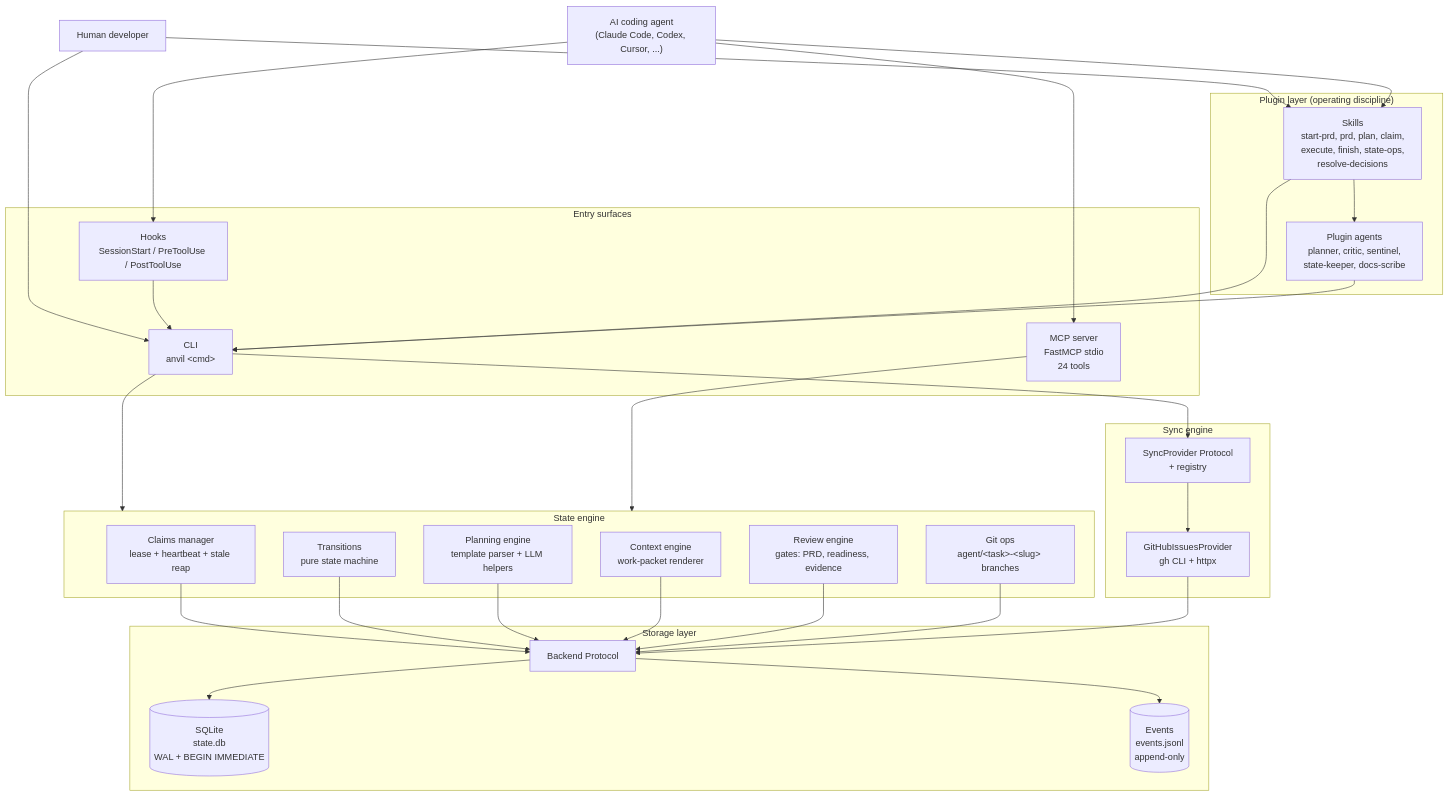
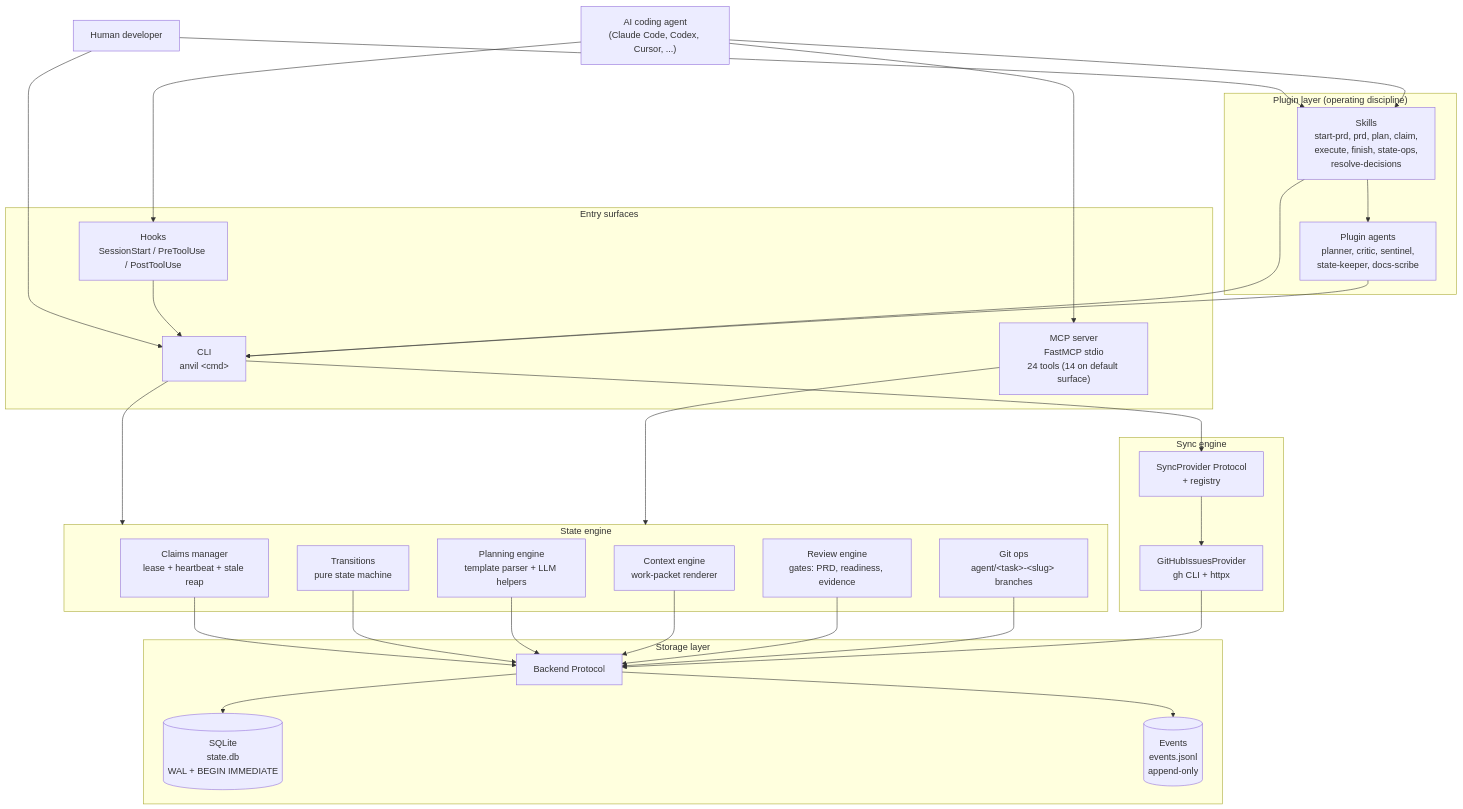
One commit to fakoli/anvil changed the first of 2 diagrams in docs/architecture.md. Above: the diagram before and after it, drawn with Mermaid. The commit also changed other lines of this file and 58 other files, not shown here.

````diff
--- a/docs/architecture.md
+++ b/docs/architecture.md
@@ -47,63 +47,63 @@
 ```mermaid
 graph TD
     User["Human developer"]
     Agent["AI coding agent<br/>(Claude Code, Codex, Cursor, ...)"]
 
     subgraph Entry["Entry surfaces"]
         CLI["CLI<br/>anvil &lt;cmd&gt;"]
-        MCP["MCP server<br/>FastMCP stdio<br/>24 tools"]
+        MCP["MCP server<br/>FastMCP stdio<br/>24 tools (14 on default surface)"]
         Hooks["Hooks<br/>SessionStart / PreToolUse / PostToolUse"]
     end
 
     subgraph Plugin["Plugin layer (operating discipline)"]
         Skills["Skills<br/>start-prd, prd, plan, claim,<br/>execute, finish, state-ops,<br/>resolve-decisions"]
         Agents["Plugin agents<br/>planner, critic, sentinel,<br/>state-keeper, docs-scribe"]
     end
 
     subgraph Engine["State engine"]
         Claims["Claims manager<br/>lease + heartbeat + stale reap"]
         Transitions["Transitions<br/>pure state machine"]
         Planning["Planning engine<br/>template parser + LLM helpers"]
         Context["Context engine<br/>work-packet renderer"]
         Review["Review engine<br/>gates: PRD, readiness, evidence"]
         GitOps["Git ops<br/>agent/&lt;task&gt;-&lt;slug&gt; branches"]
     end
 
     subgraph Storage["Storage layer"]
         Backend["Backend Protocol"]
         SQLite[("SQLite<br/>state.db<br/>WAL + BEGIN IMMEDIATE")]
         Events[("Events<br/>events.jsonl<br/>append-only")]
     end
 
     subgraph Sync["Sync engine"]
         SyncProto["SyncProvider Protocol<br/>+ registry"]
         GitHub["GitHubIssuesProvider<br/>gh CLI + httpx"]
     end
 
     User --> CLI
     User --> Skills
     Agent --> MCP
     Agent --> Skills
     Agent --> Hooks
 
     CLI --> Engine
     MCP --> Engine
     Hooks --> CLI
     Skills --> CLI
     Skills --> Agents
     Agents --> CLI
 
     Claims --> Backend
     Transitions --> Backend
     Planning --> Backend
     Context --> Backend
     Review --> Backend
     GitOps --> Backend
 
     Backend --> SQLite
     Backend --> Events
 
     CLI --> SyncProto
     SyncProto --> GitHub
     GitHub --> Backend
 ```
````
